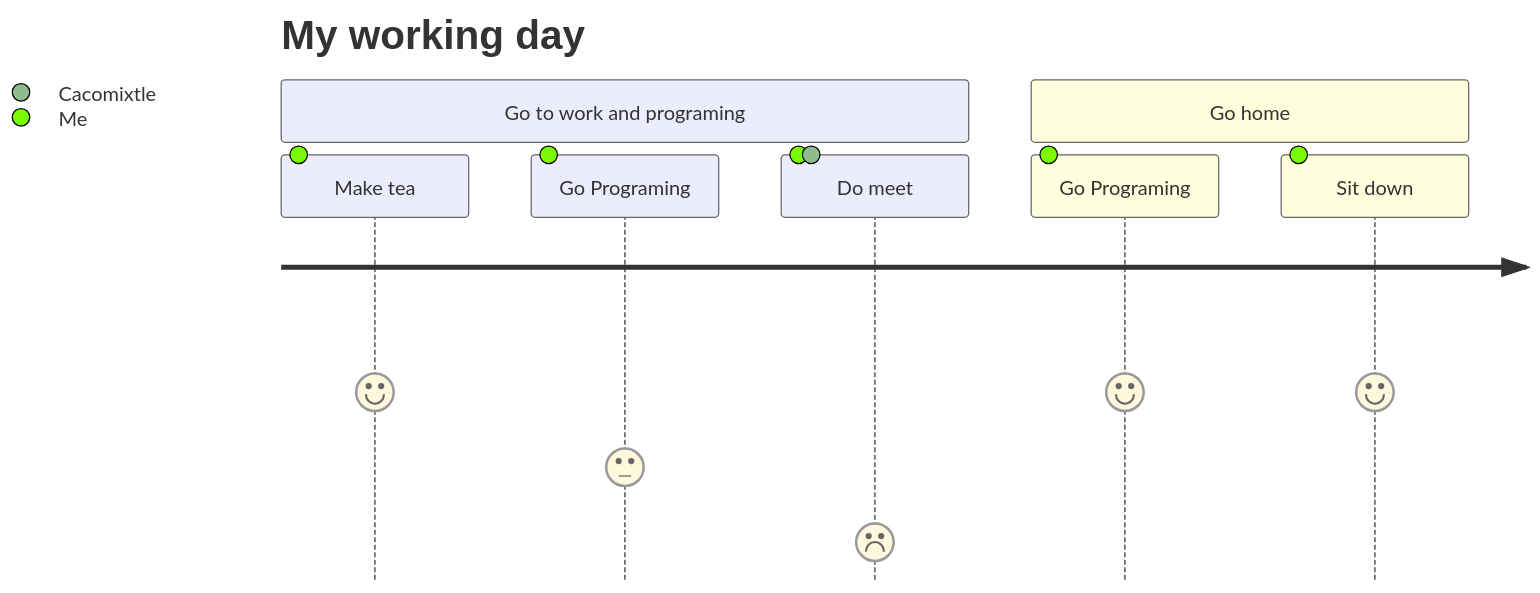
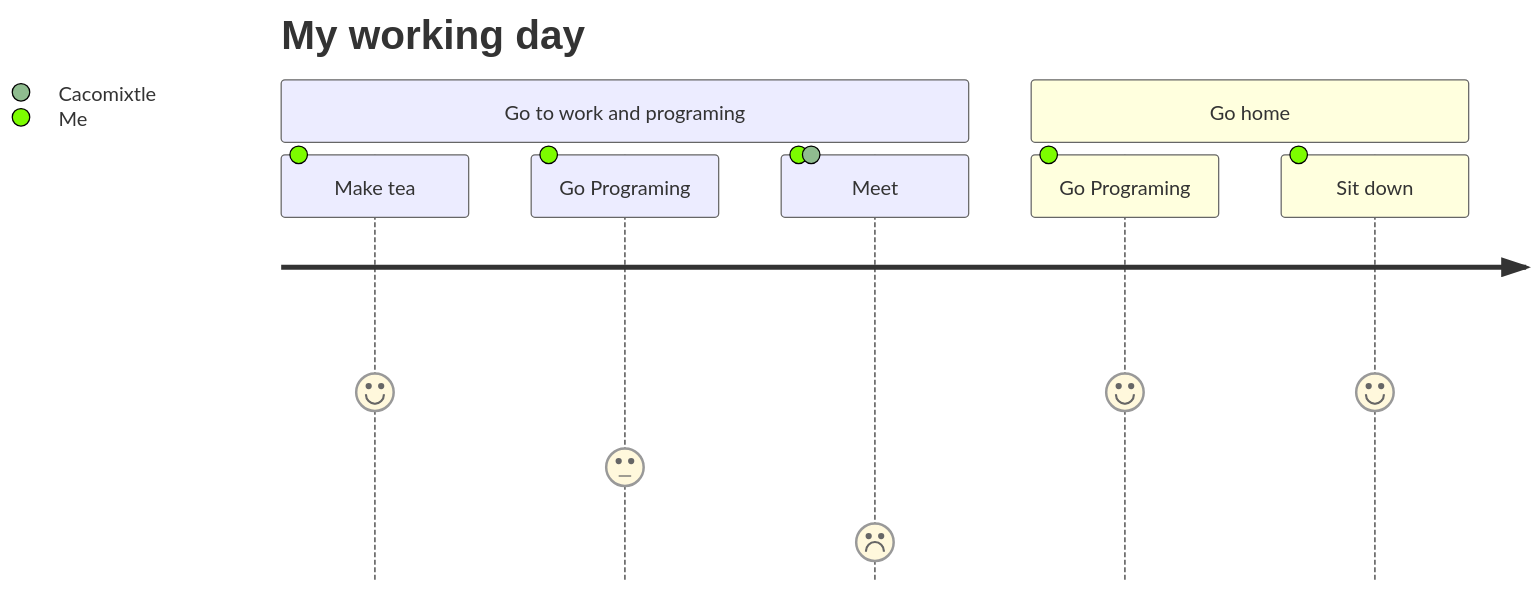
One commit to acmerev/acmerev changed the diagram in README.md. Above: the diagram before and after it, drawn with Mermaid.

````diff
--- a/README.md
+++ b/README.md
@@ -25,12 +25,12 @@
 ```mermaid
 
 journey
     title My working day
     section Go to work and programing 
       Make tea: 5: Me
       Go Programing: 3: Me
-      Do meet: 1: Me, Cacomixtle
+      Meet: 1: Me, Cacomixtle
     section Go home
       Go Programing: 5: Me
       Sit down: 5: Me
 ```
````
